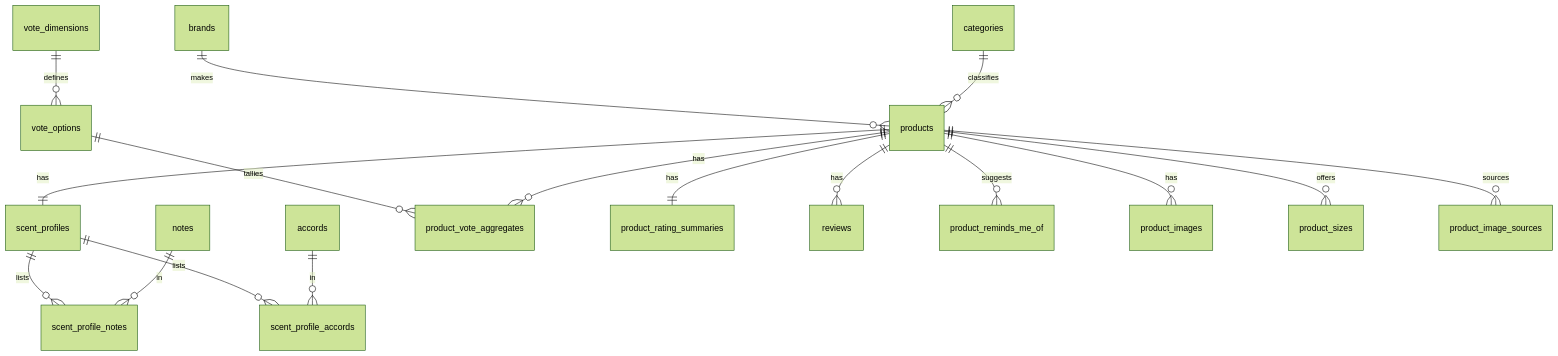
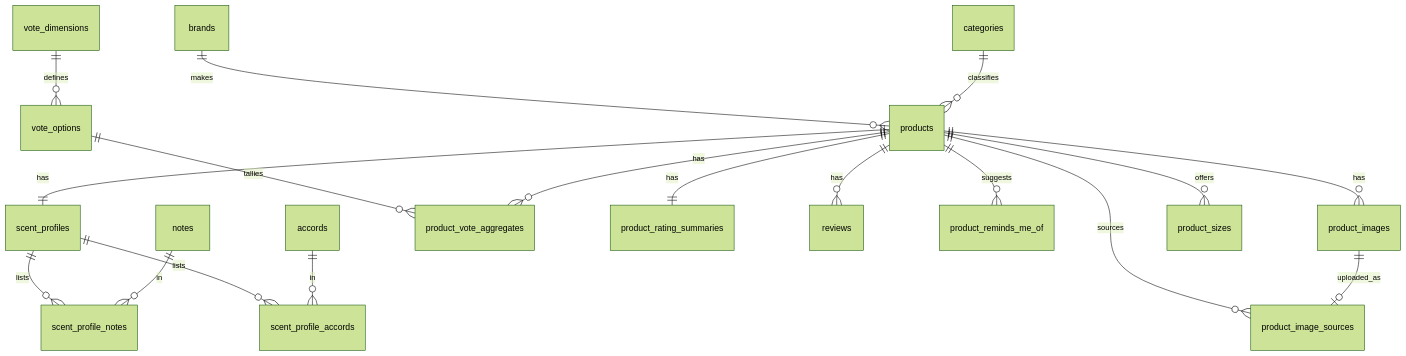
The diagram in docs/data-model.md (merrickfox/luminascent), drawn with Mermaid (forest theme) before and after one commit. The commit also changed other lines of this file and 709 other files, not shown here.

````diff
--- a/docs/data-model.md
+++ b/docs/data-model.md
@@ -7,19 +7,20 @@
 ```mermaid
 erDiagram
   brands ||--o{ products : makes
   categories ||--o{ products : classifies
   products ||--|| scent_profiles : has
   scent_profiles ||--o{ scent_profile_notes : lists
   notes ||--o{ scent_profile_notes : in
   scent_profiles ||--o{ scent_profile_accords : lists
   accords ||--o{ scent_profile_accords : in
   vote_dimensions ||--o{ vote_options : defines
   vote_options ||--o{ product_vote_aggregates : tallies
   products ||--o{ product_vote_aggregates : has
   products ||--|| product_rating_summaries : has
   products ||--o{ reviews : has
   products ||--o{ product_reminds_me_of : suggests
   products ||--o{ product_images : has
   products ||--o{ product_sizes : offers
   products ||--o{ product_image_sources : sources
+  product_images ||--o| product_image_sources : uploaded_as
 ```
````
